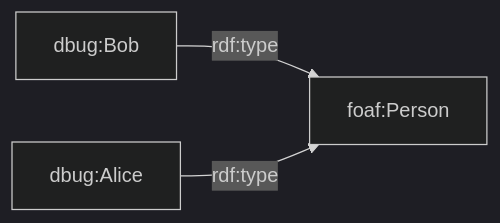
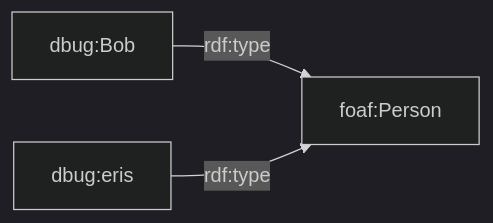
Before and after one commit to eristocrates/ipa: the diagram in Source-code/Host-environment/Common-Language-Runtime/FSharp/Project/MyProvider/test_graph.mmd, drawn with Mermaid (dark theme). The commit also changed 47 other files, not shown here.

```diff
--- a/Source-code/Host-environment/Common-Language-Runtime/FSharp/Project/MyProvider/test_graph.mmd
+++ b/Source-code/Host-environment/Common-Language-Runtime/FSharp/Project/MyProvider/test_graph.mmd
@@ -1,6 +1,6 @@
 graph LR
   0["dbug:Bob"]
   1["foaf:Person"]
-  2["dbug:Alice"]
+  2["dbug:eris"]
   0 -->|"rdf:type"| 1
   2 -->|"rdf:type"| 1
```
